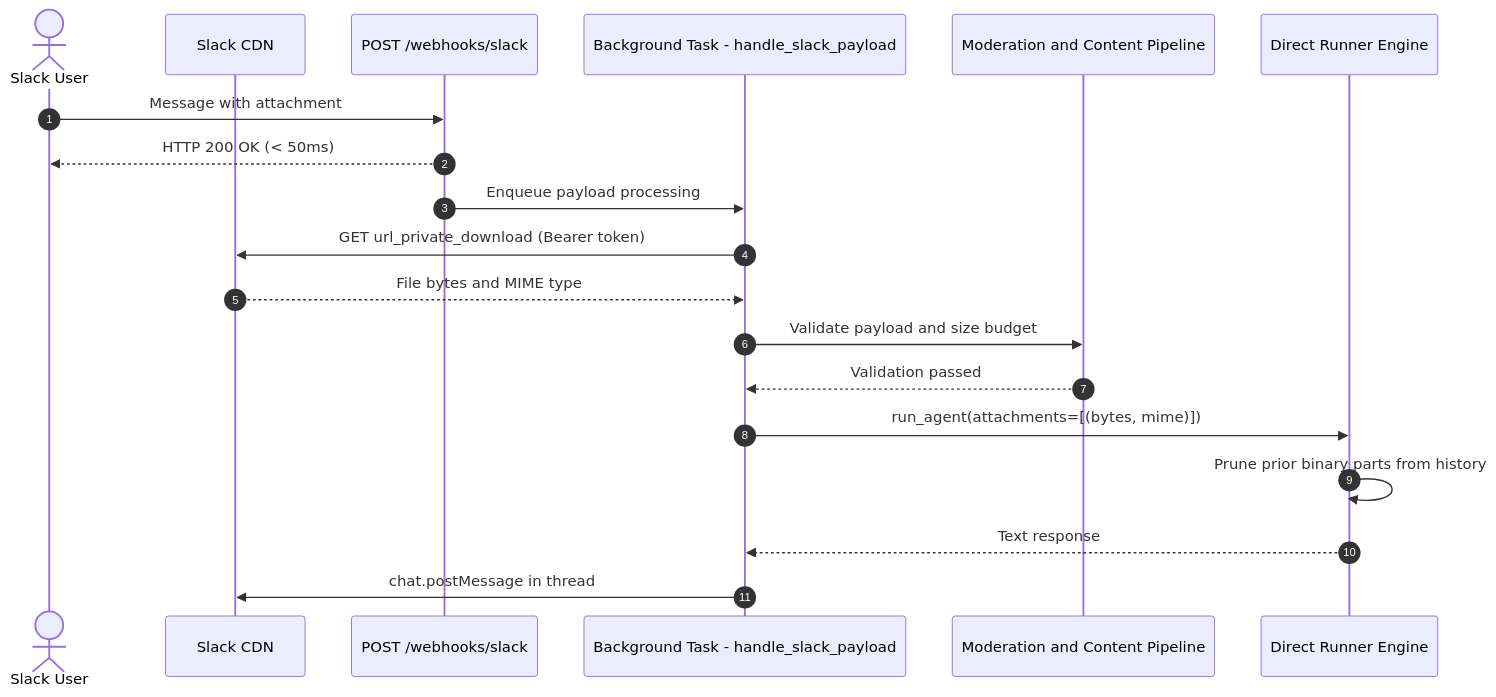
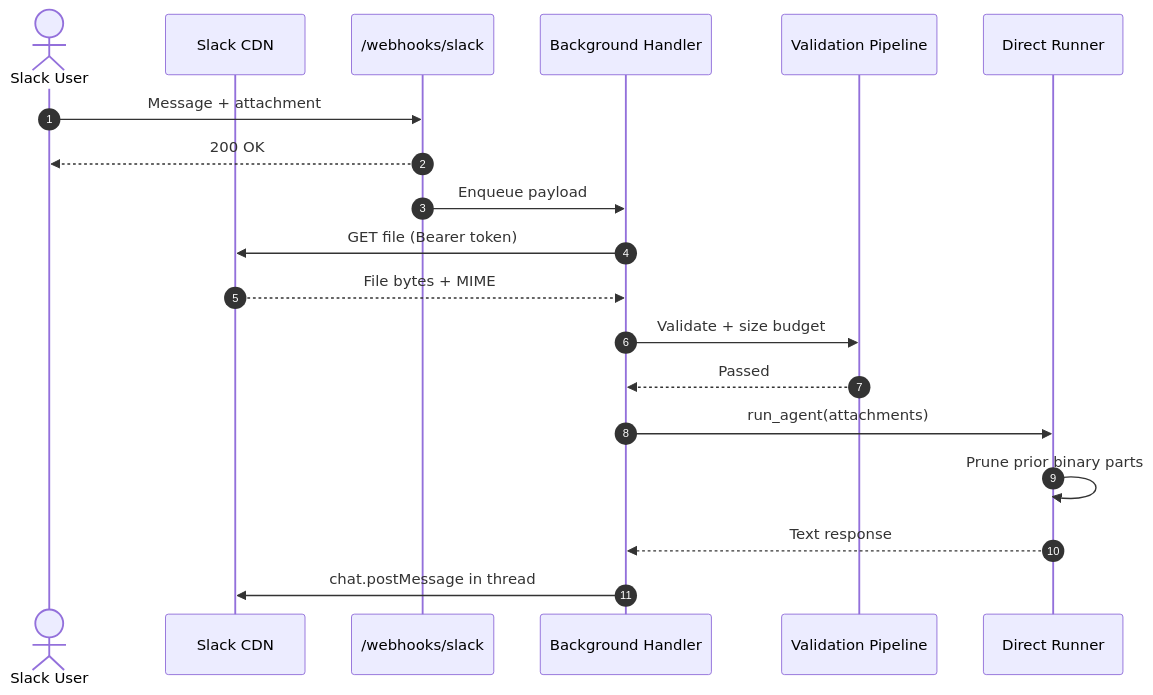
One commit to AmritSDutta/Aryhant changed the second of 2 diagrams in docs/multimodal.mdx. Above: the diagram before and after it, drawn with Mermaid. The commit also changed other lines of this file and 11 other files, not shown here.

````diff
--- a/docs/multimodal.mdx
+++ b/docs/multimodal.mdx
@@ -44,21 +44,21 @@
 ```mermaid
 sequenceDiagram
   autonumber
   actor User as Slack User
   participant Slack as Slack CDN
-  participant Endpoint as POST /webhooks/slack
-  participant Handler as Background Task - handle_slack_payload
-  participant Pipeline as Moderation and Content Pipeline
-  participant Engine as Direct Runner Engine
-  User->>Endpoint: Message with attachment
-  Endpoint-->>User: HTTP 200 OK (< 50ms)
-  Endpoint->>Handler: Enqueue payload processing
-  Handler->>Slack: GET url_private_download (Bearer token)
-  Slack-->>Handler: File bytes and MIME type
-  Handler->>Pipeline: Validate payload and size budget
-  Pipeline-->>Handler: Validation passed
-  Handler->>Engine: run_agent(attachments=[(bytes, mime)])
-  Engine->>Engine: Prune prior binary parts from history
+  participant Endpoint as /webhooks/slack
+  participant Handler as Background Handler
+  participant Pipeline as Validation Pipeline
+  participant Engine as Direct Runner
+  User->>Endpoint: Message + attachment
+  Endpoint-->>User: 200 OK
+  Endpoint->>Handler: Enqueue payload
+  Handler->>Slack: GET file (Bearer token)
+  Slack-->>Handler: File bytes + MIME
+  Handler->>Pipeline: Validate + size budget
+  Pipeline-->>Handler: Passed
+  Handler->>Engine: run_agent(attachments)
+  Engine->>Engine: Prune prior binary parts
   Engine-->>Handler: Text response
   Handler->>Slack: chat.postMessage in thread
 ```
````
